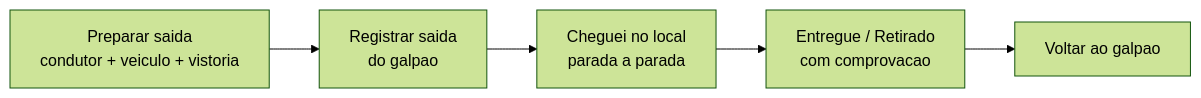
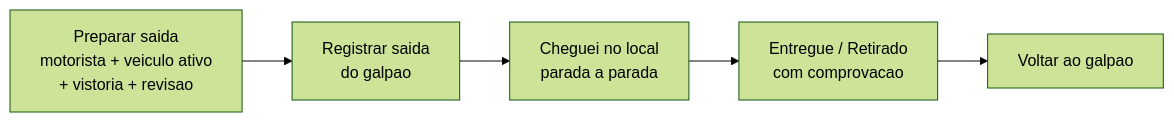
One commit to LocFlowTeam/locflow-docs changed the first of 2 diagrams in logistica/execucao-em-campo.md. Above: the diagram before and after it, drawn with Mermaid (forest theme). The commit also changed other lines of this file and 15 other files, not shown here.

````diff
--- a/logistica/execucao-em-campo.md
+++ b/logistica/execucao-em-campo.md
@@ -16,7 +16,7 @@
 ```mermaid
 flowchart LR
-    PREP[Preparar saida<br/>condutor + veiculo + vistoria] --> SAI[Registrar saida<br/>do galpao]
+    PREP[Preparar saida<br/>motorista + veiculo ativo<br/>+ vistoria + revisao] --> SAI[Registrar saida<br/>do galpao]
     SAI --> CHEG[Cheguei no local<br/>parada a parada]
     CHEG --> DESF[Entregue / Retirado<br/>com comprovacao]
     DESF --> VOLTA[Voltar ao galpao]
 ```
````
